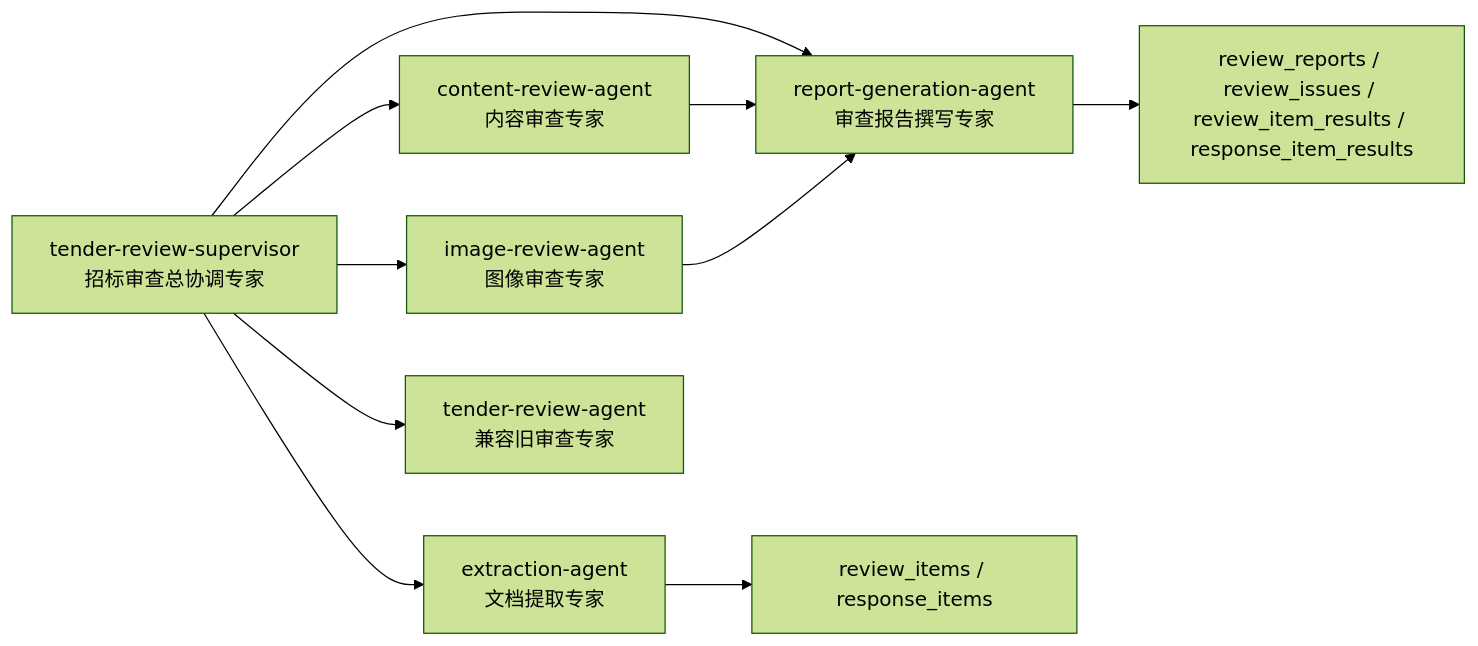
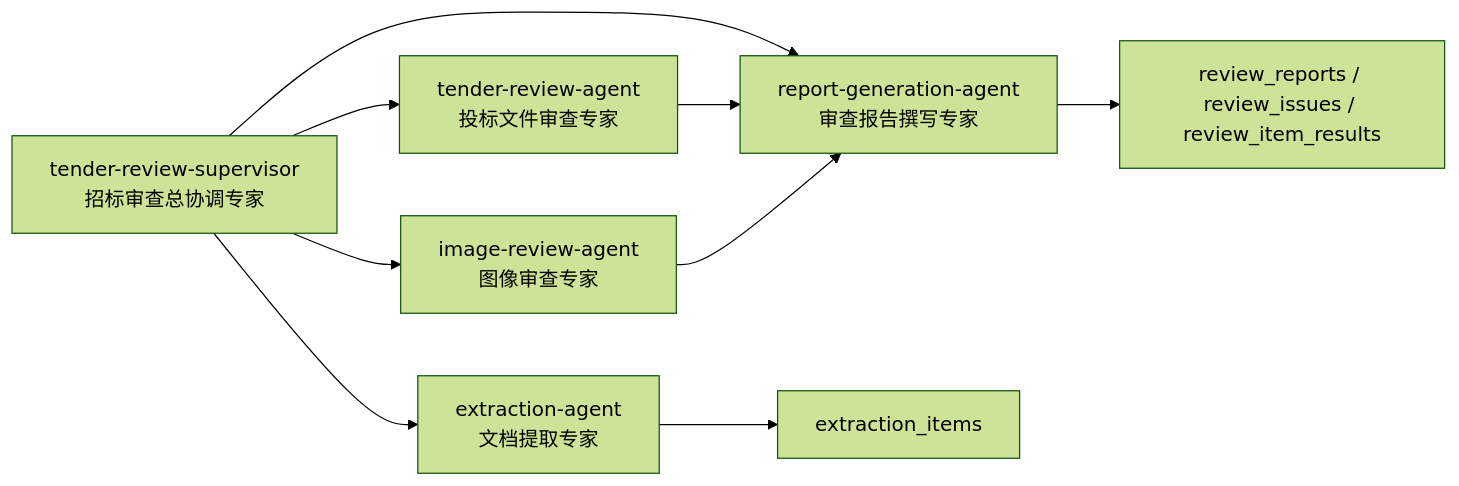
The second of 4 diagrams in docs/minerU/智能审查流程设计文档.md (waystep/ai-zhaotoubiaoshencha), drawn with Mermaid (forest theme) before and after one commit. The commit also changed other lines of this file and 34 other files, not shown here.

````diff
--- a/docs/minerU/智能审查流程设计文档.md
+++ b/docs/minerU/智能审查流程设计文档.md
@@ -140,13 +139,12 @@
 ```mermaid
 flowchart LR
   S["tender-review-supervisor<br/>招标审查总协调专家"] --> E["extraction-agent<br/>文档提取专家"]
-  S --> C["content-review-agent<br/>内容审查专家"]
+  S --> T["tender-review-agent<br/>投标文件审查专家"]
+  S --> R["report-generation-agent<br/>审查报告撰写专家"]
   S --> I["image-review-agent<br/>图像审查专家"]
-  S --> R["report-generation-agent<br/>审查报告撰写专家"]
-  S --> T["tender-review-agent<br/>兼容旧审查专家"]
 
-  E --> DB1["review_items / response_items"]
-  C --> R
+  E --> DB1["extraction_items"]
+  T --> R
   I --> R
-  R --> DB2["review_reports / review_issues / review_item_results / response_item_results"]
+  R --> DB2["review_reports / review_issues / review_item_results"]
 ```
````
